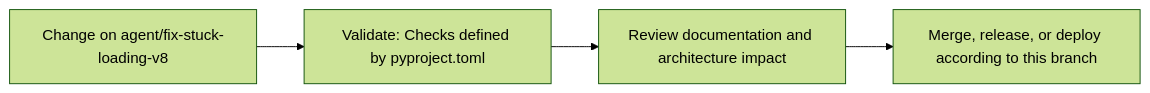
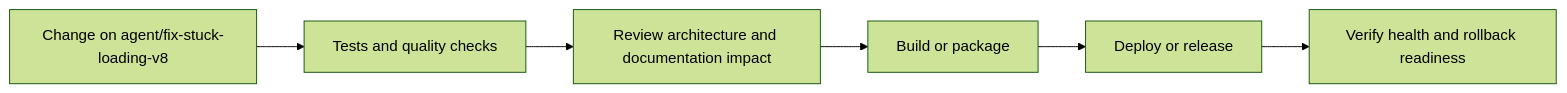
The seventh of 8 diagrams in README.md (Nischhalsubba/HajiriFlow), drawn with Mermaid (forest theme) before and after one commit. The commit also changed other lines of this file, not shown here.

````diff
--- a/README.md
+++ b/README.md
@@ -67,8 +187,8 @@
 ```mermaid
 flowchart LR
-    CHANGE["Change on agent/fix-stuck-loading-v8"]
-    CHECK["Validate: Checks defined by pyproject.toml"]
-    REVIEW["Review documentation and architecture impact"]
-    RELEASE["Merge, release, or deploy according to this branch"]
-    CHANGE --> CHECK --> REVIEW --> RELEASE
+    CHANGE["Change on agent/fix-stuck-loading-v8"] --> CHECK["Tests and quality checks"]
+    CHECK --> REVIEW["Review architecture and documentation impact"]
+    REVIEW --> BUILD["Build or package"]
+    BUILD --> DEPLOY["Deploy or release"]
+    DEPLOY --> VERIFY["Verify health and rollback readiness"]
 ```
````
